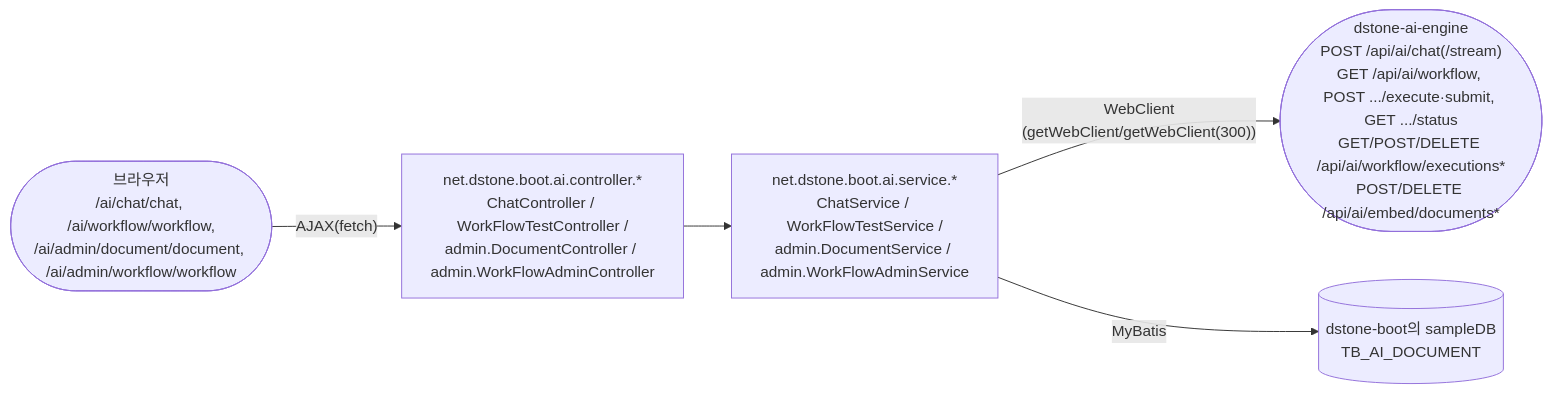
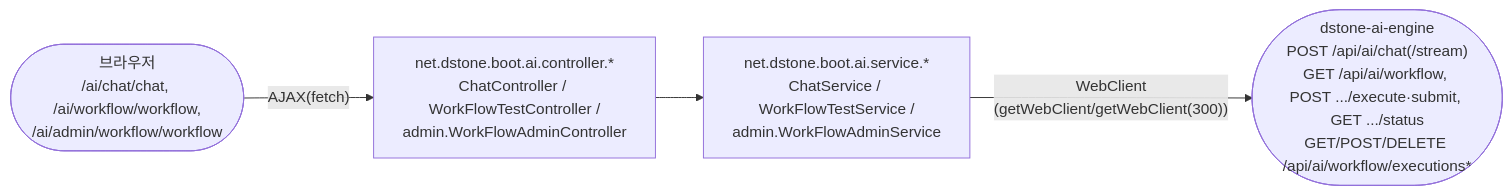
Before and after one commit to YongSoekChoeng/dstone: the first of 4 diagrams in docs/06.dstone-boot.md, drawn with Mermaid. The commit also changed other lines of this file and 14 other files, not shown here.

````diff
--- a/docs/06.dstone-boot.md
+++ b/docs/06.dstone-boot.md
@@ -337,7 +337,6 @@
 ```mermaid
 flowchart LR
-    Browser(["브라우저<br/>/ai/chat/chat, /ai/workflow/workflow,<br/>/ai/admin/document/document, /ai/admin/workflow/workflow"]) -->|"AJAX(fetch)"| Ctrl["net.dstone.boot.ai.controller.*<br/>ChatController / WorkFlowTestController /<br/>admin.DocumentController / admin.WorkFlowAdminController"]
-    Ctrl --> Svc["net.dstone.boot.ai.service.*<br/>ChatService / WorkFlowTestService /<br/>admin.DocumentService / admin.WorkFlowAdminService"]
-    Svc -->|"WebClient<br/>(getWebClient/getWebClient(300))"| Engine(["dstone-ai-engine<br/>POST /api/ai/chat(/stream)<br/>GET /api/ai/workflow, POST .../execute·submit, GET .../status<br/>GET/POST/DELETE /api/ai/workflow/executions*<br/>POST/DELETE /api/ai/embed/documents*"])
-    Svc -->|"MyBatis"| DB[("dstone-boot의 sampleDB<br/>TB_AI_DOCUMENT")]
+    Browser(["브라우저<br/>/ai/chat/chat, /ai/workflow/workflow,<br/>/ai/admin/workflow/workflow"]) -->|"AJAX(fetch)"| Ctrl["net.dstone.boot.ai.controller.*<br/>ChatController / WorkFlowTestController /<br/>admin.WorkFlowAdminController"]
+    Ctrl --> Svc["net.dstone.boot.ai.service.*<br/>ChatService / WorkFlowTestService /<br/>admin.WorkFlowAdminService"]
+    Svc -->|"WebClient<br/>(getWebClient/getWebClient(300))"| Engine(["dstone-ai-engine<br/>POST /api/ai/chat(/stream)<br/>GET /api/ai/workflow, POST .../execute·submit, GET .../status<br/>GET/POST/DELETE /api/ai/workflow/executions*"])
 ```
````
